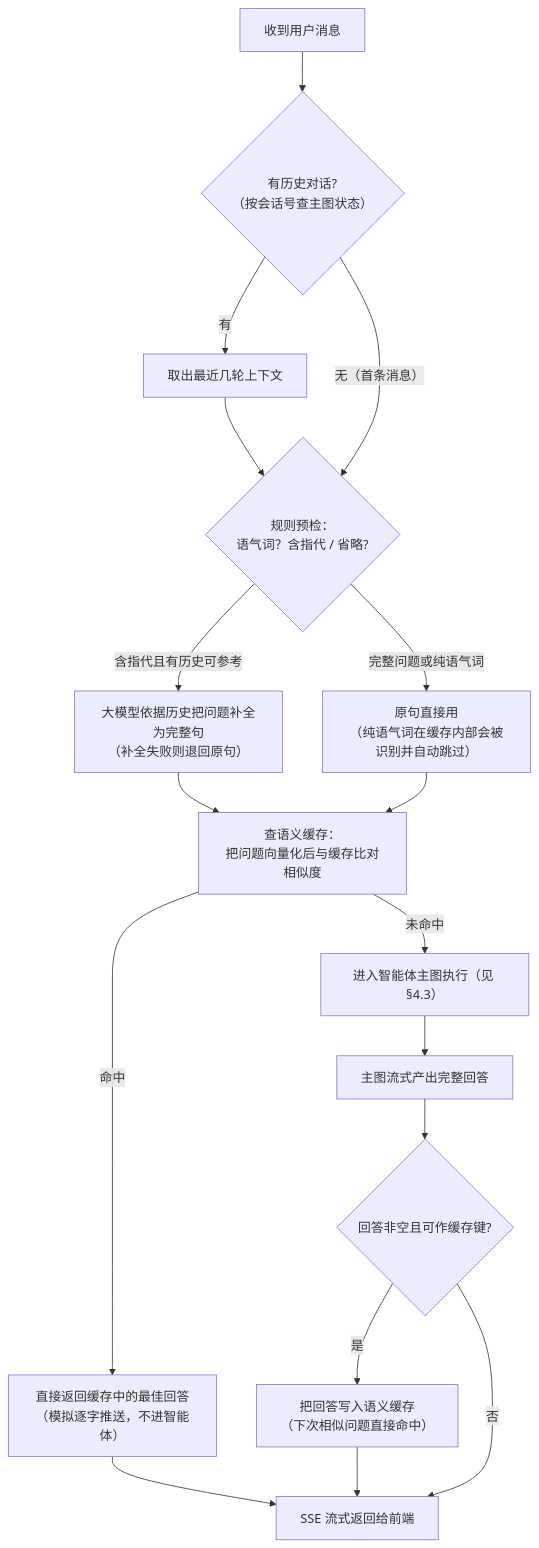
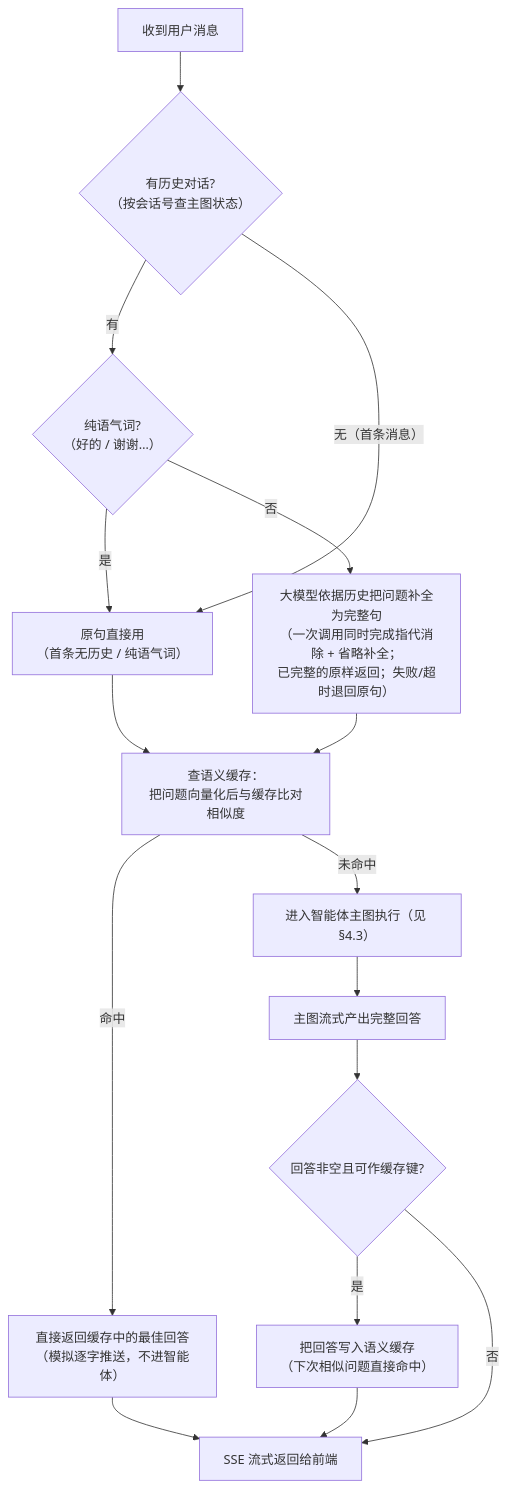
The fifth of 36 diagrams in docs/PROJECT_ANALYSIS.md (blowt16/SmartCS-Agent), drawn with Mermaid before and after one commit. The commit also changed other lines of this file, not shown here.

````diff
--- a/docs/PROJECT_ANALYSIS.md
+++ b/docs/PROJECT_ANALYSIS.md
@@ -319,19 +323,18 @@
 ```mermaid
 flowchart TD
     A["收到用户消息"] --> B{"有历史对话?<br/>（按会话号查主图状态）"}
-    B -->|"有"| C1["取出最近几轮上下文"]
-    B -->|"无（首条消息）"| C2
-    C1 --> C2{"规则预检：<br/>语气词？含指代 / 省略?"}
-    C2 -->|"含指代且有历史可参考"| D["大模型依据历史把问题补全为完整句<br/>（补全失败则退回原句）"]
-    C2 -->|"完整问题或纯语气词"| D2["原句直接用<br/>（纯语气词在缓存内部会被识别并自动跳过）"]
+    B -->|"有"| C1{"纯语气词?<br/>（好的 / 谢谢…）"}
+    B -->|"无（首条消息）"| D2["原句直接用<br/>（首条无历史 / 纯语气词）"]
+    C1 -->|"是"| D2
+    C1 -->|"否"| D["大模型依据历史把问题补全为完整句<br/>（一次调用同时完成指代消除 + 省略补全；<br/>已完整的原样返回；失败/超时退回原句）"]
     D --> E
     D2 --> E["查语义缓存：<br/>把问题向量化后与缓存比对相似度"]
     E -->|"命中"| HIT["直接返回缓存中的最佳回答<br/>（模拟逐字推送，不进智能体）"]
     E -->|"未命中"| G["进入智能体主图执行（见 §4.3）"]
     G --> G2["主图流式产出完整回答"]
     G2 --> WB{"回答非空且可作缓存键?"}
     WB -->|"是"| UP["把回答写入语义缓存<br/>（下次相似问题直接命中）"]
     WB -->|"否"| OUT
     HIT --> OUT["SSE 流式返回给前端"]
     UP --> OUT
 ```
````
